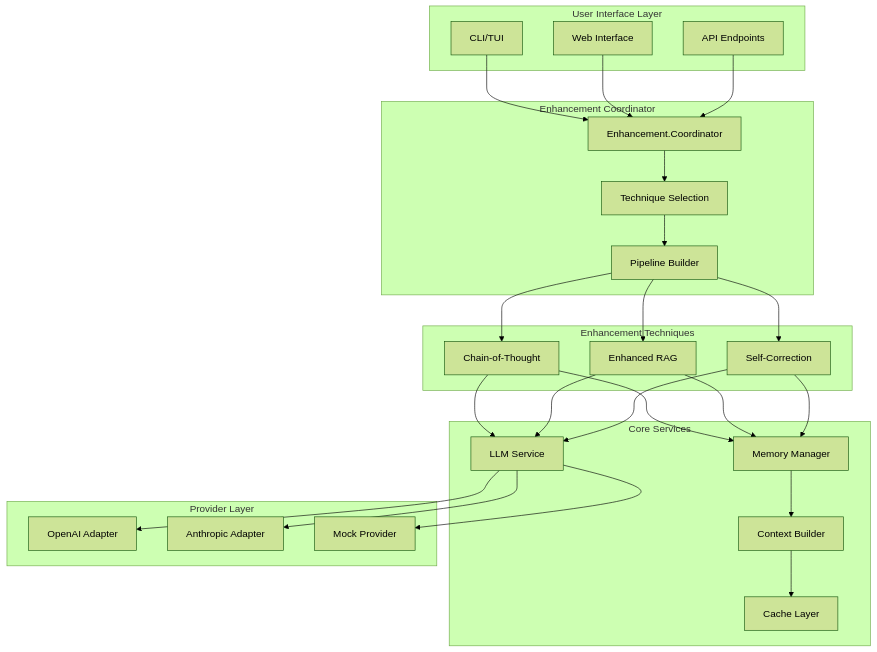
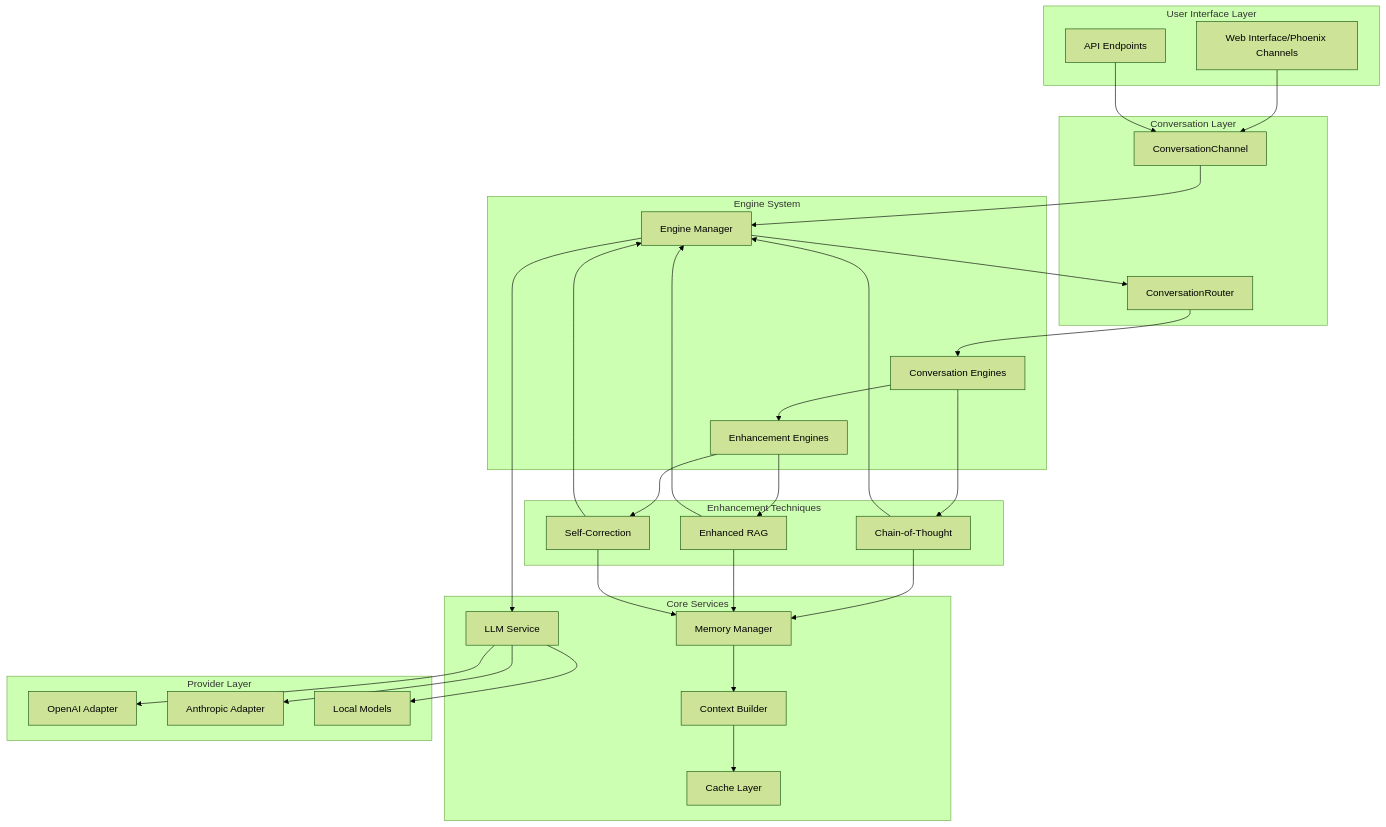
The diagram in guides/developer/009-llm_enhancement.md (pcharbon70/rubber_duck), drawn with Mermaid (forest theme) before and after one commit. The commit also changed other lines of this file and 10 other files, not shown here.

First line of the commit message:
Update developer guides and add conversation system documentation

````diff
--- a/guides/developer/009-llm_enhancement.md
+++ b/guides/developer/009-llm_enhancement.md
@@ -38,59 +38,67 @@
 ```mermaid
 graph TB
     subgraph "User Interface Layer"
-        CLI[CLI/TUI]
-        WEB[Web Interface]
+        WEB[Web Interface/Phoenix Channels]
         API[API Endpoints]
     end
     
-    subgraph "Enhancement Coordinator"
-        EC[Enhancement.Coordinator]
-        TS[Technique Selection]
-        PB[Pipeline Builder]
+    subgraph "Conversation Layer"
+        CHAN[ConversationChannel]
+        ROUTER[ConversationRouter]
+    end
+    
+    subgraph "Engine System"
+        EM[Engine Manager]
+        CE[Conversation Engines]
+        EE[Enhancement Engines]
     end
     
     subgraph "Enhancement Techniques"
         COT[Chain-of-Thought]
         RAG[Enhanced RAG]
         SC[Self-Correction]
     end
     
     subgraph "Core Services"
         LLM[LLM Service]
         MEM[Memory Manager]
         CTX[Context Builder]
         CACHE[Cache Layer]
     end
     
     subgraph "Provider Layer"
         OAI[OpenAI Adapter]
         ANT[Anthropic Adapter]
-        MOCK[Mock Provider]
+        LOCAL[Local Models]
     end
     
-    CLI --> EC
-    WEB --> EC
-    API --> EC
+    WEB --> CHAN
+    API --> CHAN
     
-    EC --> TS
-    TS --> PB
+    CHAN --> EM
+    EM --> ROUTER
+    ROUTER --> CE
     
-    PB --> COT
-    PB --> RAG
-    PB --> SC
+    CE --> COT
+    CE --> EE
     
-    COT --> LLM
-    RAG --> LLM
-    SC --> LLM
+    EE --> RAG
+    EE --> SC
+    
+    COT --> EM
+    RAG --> EM
+    SC --> EM
+    
+    EM --> LLM
     
     COT --> MEM
     RAG --> MEM
     SC --> MEM
     
     LLM --> OAI
     LLM --> ANT
-    LLM --> MOCK
+    LLM --> LOCAL
     
     MEM --> CTX
     CTX --> CACHE
 ```
````
